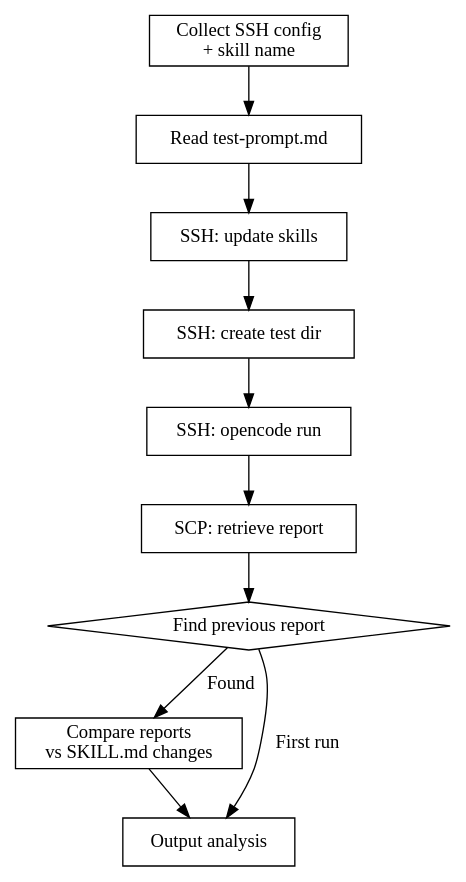
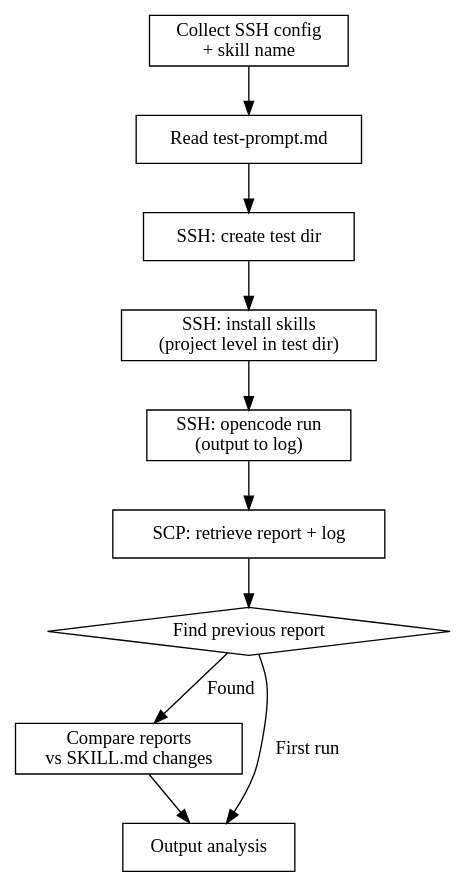
Before and after one commit to panlm/skills: the diagram in others/remote-skill-test/SKILL.md, drawn with Graphviz. The commit also changed other lines of this file and 5 other files, not shown here.

Commit message:
Improve remote-skill-test: create dir first, project-level install, capture opencode run output to log

````diff
--- a/others/remote-skill-test/SKILL.md
+++ b/others/remote-skill-test/SKILL.md
@@ -35,23 +35,23 @@
 ```dot
 digraph test_flow {
     "Collect SSH config\n+ skill name" [shape=box];
     "Read test-prompt.md" [shape=box];
-    "SSH: update skills" [shape=box];
     "SSH: create test dir" [shape=box];
-    "SSH: opencode run" [shape=box];
-    "SCP: retrieve report" [shape=box];
+    "SSH: install skills\n(project level in test dir)" [shape=box];
+    "SSH: opencode run\n(output to log)" [shape=box];
+    "SCP: retrieve report + log" [shape=box];
     "Find previous report" [shape=diamond];
     "Compare reports\nvs SKILL.md changes" [shape=box];
     "Output analysis" [shape=box];
 
     "Collect SSH config\n+ skill name" -> "Read test-prompt.md";
-    "Read test-prompt.md" -> "SSH: update skills";
-    "SSH: update skills" -> "SSH: create test dir";
-    "SSH: create test dir" -> "SSH: opencode run";
-    "SSH: opencode run" -> "SCP: retrieve report";
-    "SCP: retrieve report" -> "Find previous report";
+    "Read test-prompt.md" -> "SSH: create test dir";
+    "SSH: create test dir" -> "SSH: install skills\n(project level in test dir)";
+    "SSH: install skills\n(project level in test dir)" -> "SSH: opencode run\n(output to log)";
+    "SSH: opencode run\n(output to log)" -> "SCP: retrieve report + log";
+    "SCP: retrieve report + log" -> "Find previous report";
     "Find previous report" -> "Compare reports\nvs SKILL.md changes" [label="Found"];
     "Find previous report" -> "Output analysis" [label="First run"];
     "Compare reports\nvs SKILL.md changes" -> "Output analysis";
 }
 ```
````
